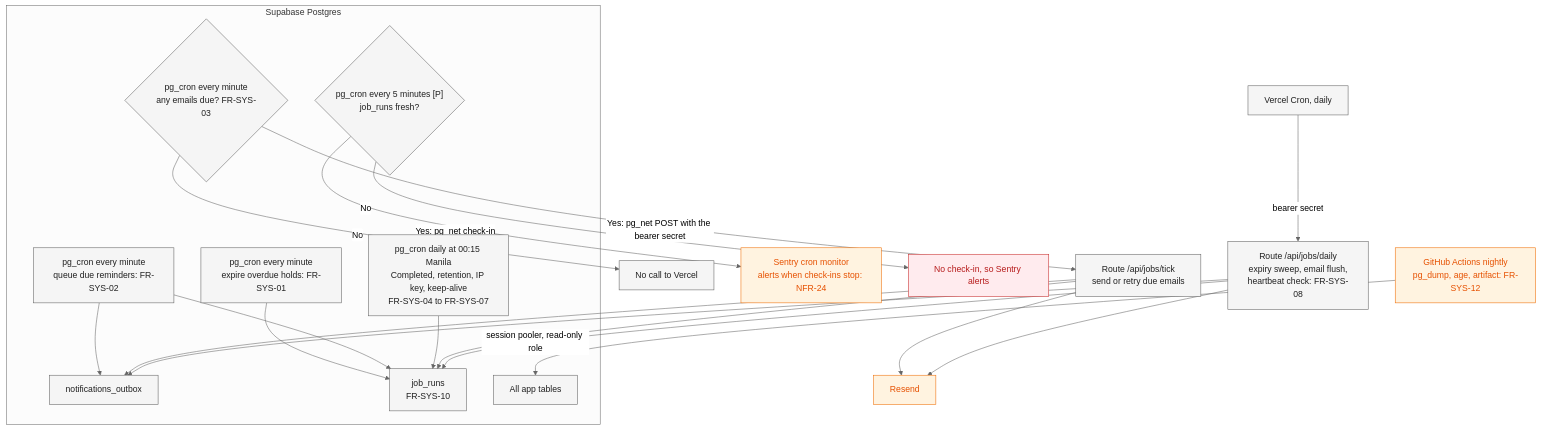
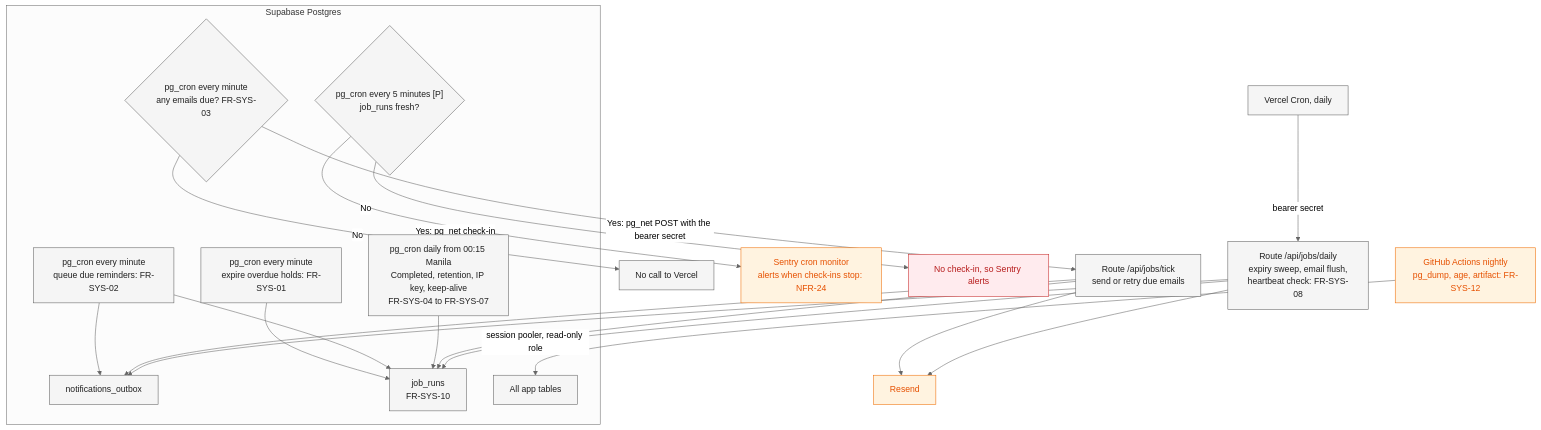
Before and after one commit to DevNarvs/kasoundbox-2026: the second of 3 diagrams in docs/05-technical/architecture.md, drawn with Mermaid (neutral theme). The commit also changed other lines of this file and 12 other files, not shown here.

````diff
--- a/docs/05-technical/architecture.md
+++ b/docs/05-technical/architecture.md
@@ -364,35 +364,35 @@
 ```mermaid
 flowchart TD
     subgraph PGX["Supabase Postgres"]
         C1["pg_cron every minute<br/>expire overdue holds: FR-SYS-01"]
         C2["pg_cron every minute<br/>queue due reminders: FR-SYS-02"]
         C3{"pg_cron every minute<br/>any emails due? FR-SYS-03"}
-        C4["pg_cron daily at 00:15 Manila<br/>Completed, retention, IP key, keep-alive<br/>FR-SYS-04 to FR-SYS-07"]
+        C4["pg_cron daily from 00:15 Manila<br/>Completed, retention, IP key, keep-alive<br/>FR-SYS-04 to FR-SYS-07"]
         C5{"pg_cron every 5 minutes [P]<br/>job_runs fresh?"}
         OB["notifications_outbox"]
         JRS["job_runs<br/>FR-SYS-10"]
         TBL["All app tables"]
     end
     C1 --> JRS
     C2 --> OB
     C2 --> JRS
     C4 --> JRS
     C3 -->|"No"| NO["No call to Vercel"]
     C3 -->|"Yes: pg_net POST with the bearer secret"| TICK["Route /api/jobs/tick<br/>send or retry due emails"]
     VCR["Vercel Cron, daily"] -->|"bearer secret"| DAILY["Route /api/jobs/daily<br/>expiry sweep, email flush,<br/>heartbeat check: FR-SYS-08"]
     TICK --> OB
     TICK --> RS["Resend"]
     TICK --> JRS
     DAILY --> OB
     DAILY --> RS
     DAILY --> JRS
     C5 -->|"Yes: pg_net check-in"| SN["Sentry cron monitor<br/>alerts when check-ins stop: NFR-24"]
     C5 -->|"No"| SKIP["No check-in, so Sentry alerts"]
     GHA["GitHub Actions nightly<br/>pg_dump, age, artifact: FR-SYS-12"] -->|"session pooler, read-only role"| TBL
     classDef system fill:#f5f5f5,stroke:#616161,color:#212121
     classDef vendor fill:#fff3e0,stroke:#ef6c00,color:#e65100
     classDef failure fill:#ffebee,stroke:#c62828,color:#b71c1c
     class C1,C2,C3,C4,C5,OB,JRS,TBL,NO,TICK,VCR,DAILY system
     class RS,SN,GHA vendor
     class SKIP failure
 ```
````
